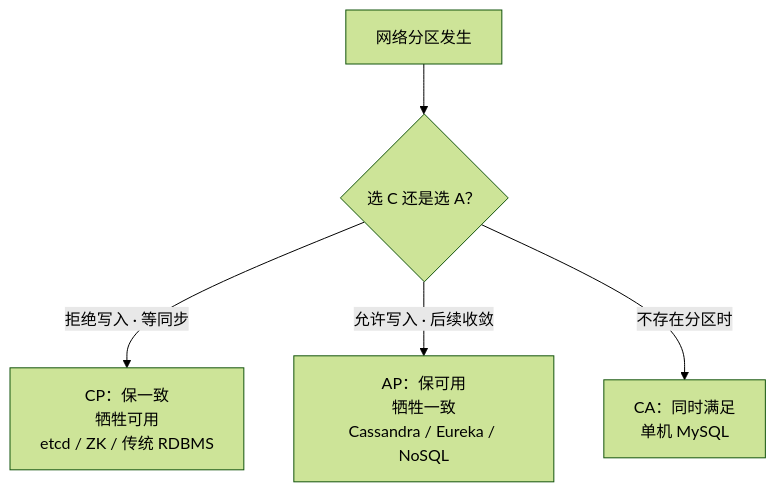
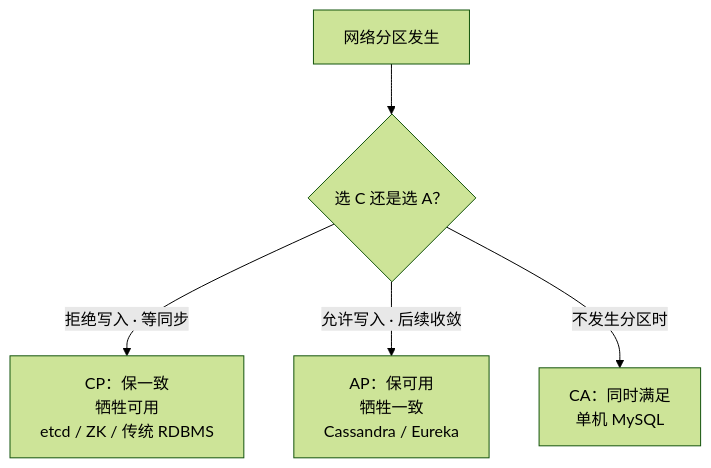
Before and after one commit to ml-cuizijun/LearnToLilith: the second of 11 diagrams in 02-中间件与数据库/06-分布式理论与一致性/知识点.md, drawn with Mermaid (forest theme). The commit also changed other lines of this file and 178 other files, not shown here.

````diff
--- a/02-中间件与数据库/06-分布式理论与一致性/知识点.md
+++ b/02-中间件与数据库/06-分布式理论与一致性/知识点.md
@@ -77,7 +72,7 @@
 ```mermaid
 flowchart TD
     P["网络分区发生"] --> CHOICE{"选 C 还是选 A？"}
     CHOICE -->|拒绝写入 · 等同步| CAP_C["CP：保一致<br/>牺牲可用<br/>etcd / ZK / 传统 RDBMS"]
-    CHOICE -->|允许写入 · 后续收敛| CAP_A["AP：保可用<br/>牺牲一致<br/>Cassandra / Eureka / NoSQL"]
-    CHOICE -->|不存在分区时| BOTH["CA：同时满足<br/>单机 MySQL"]
+    CHOICE -->|允许写入 · 后续收敛| CAP_A["AP：保可用<br/>牺牲一致<br/>Cassandra / Eureka"]
+    CHOICE -->|不发生分区时| BOTH["CA：同时满足<br/>单机 MySQL"]
 ```
````
